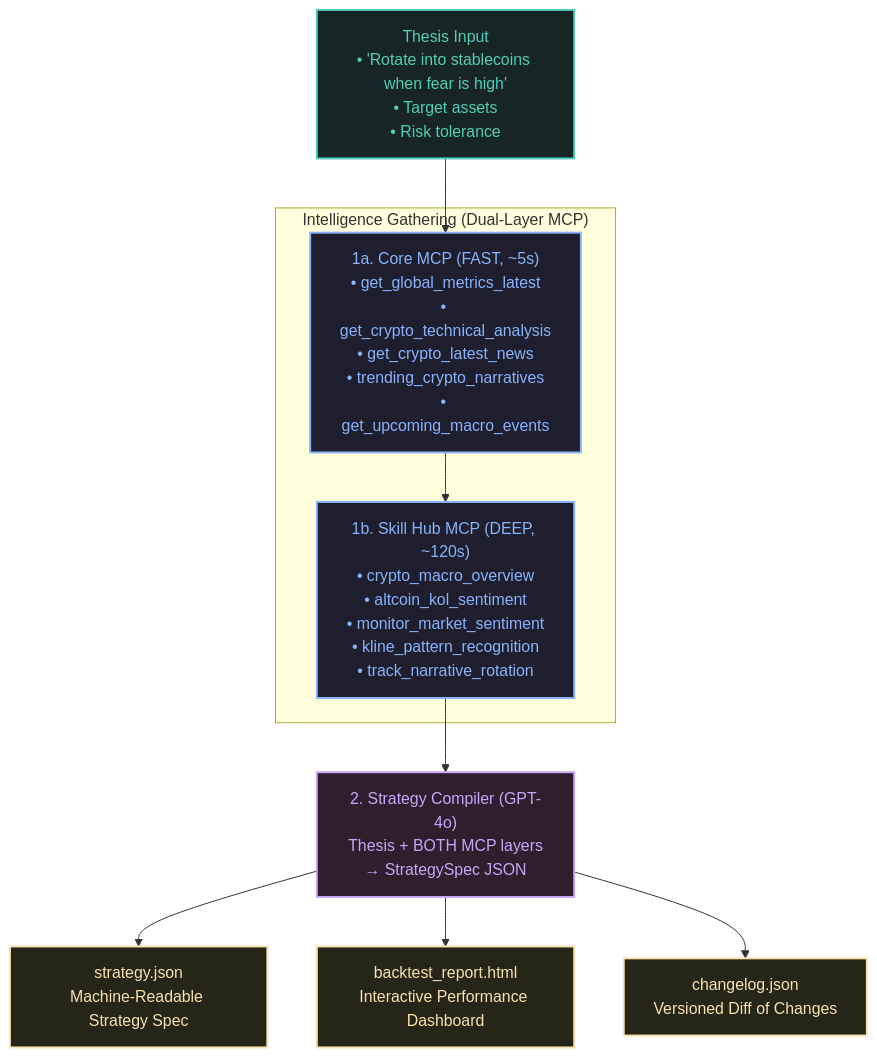
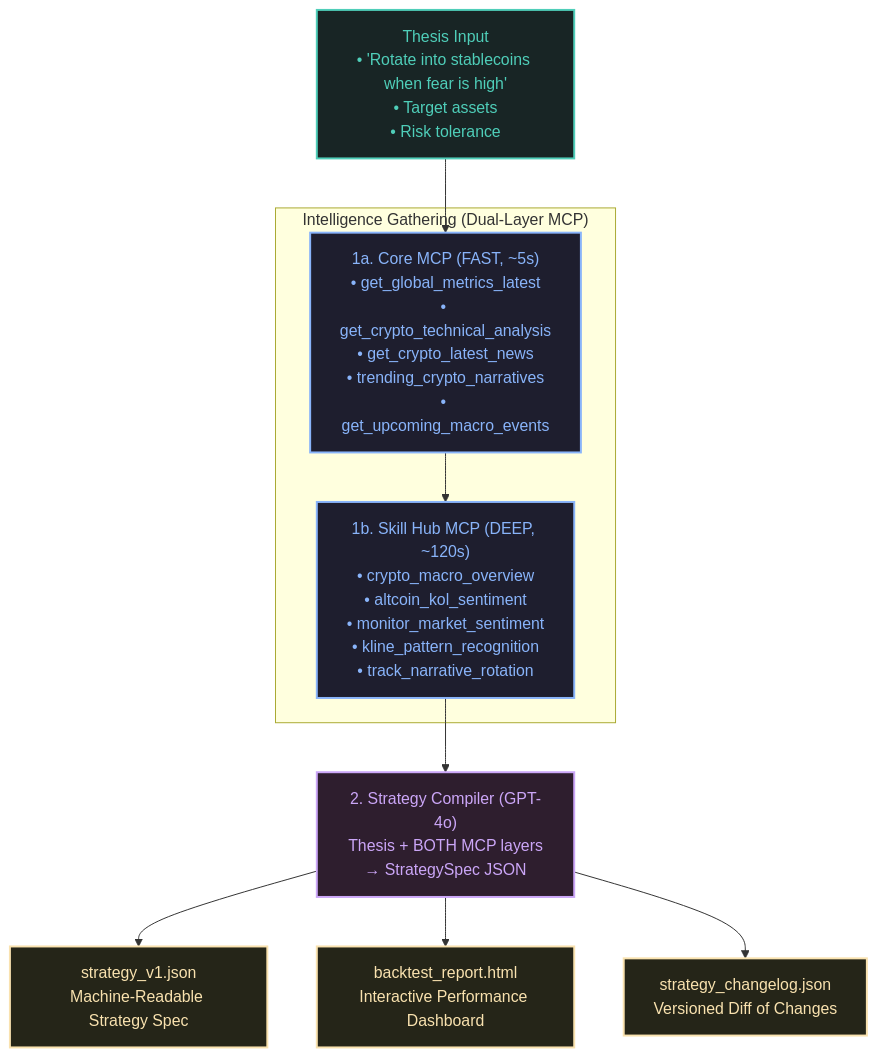
The diagram in README.md (vjb/alpha-compiler), drawn with Mermaid before and after one commit.

Commit message:
docs: align Mermaid diagram file names with codebase

````diff
--- a/README.md
+++ b/README.md
@@ -40,29 +40,29 @@
 ```mermaid
 graph TD
     classDef default fill:#11111b,stroke:#a6adc8,stroke-width:1px,color:#cdd6f4;
     classDef input fill:#182525,stroke:#4fceb9,stroke-width:2px,color:#4fceb9;
     classDef mcp fill:#1e1e2e,stroke:#89b4fa,stroke-width:2px,color:#89b4fa;
     classDef compiler fill:#2e1e2e,stroke:#cba6f7,stroke-width:2px,color:#cba6f7;
     classDef output fill:#252518,stroke:#f9e2af,stroke-width:2px,color:#f9e2af;
 
     Input["Thesis Input<br>• 'Rotate into stablecoins when fear is high'<br>• Target assets<br>• Risk tolerance"]:::input
 
     subgraph Intelligence ["Intelligence Gathering (Dual-Layer MCP)"]
         Core["1a. Core MCP (FAST, ~5s)<br>• get_global_metrics_latest<br>• get_crypto_technical_analysis<br>• get_crypto_latest_news<br>• trending_crypto_narratives<br>• get_upcoming_macro_events"]:::mcp
         
         SkillHub["1b. Skill Hub MCP (DEEP, ~120s)<br>• crypto_macro_overview<br>• altcoin_kol_sentiment<br>• monitor_market_sentiment<br>• kline_pattern_recognition<br>• track_narrative_rotation"]:::mcp
     end
 
     Compiler["2. Strategy Compiler (GPT-4o)<br>Thesis + BOTH MCP layers<br>→ StrategySpec JSON"]:::compiler
 
-    Strategy["strategy.json<br>Machine-Readable Strategy Spec"]:::output
+    Strategy["strategy_v1.json<br>Machine-Readable Strategy Spec"]:::output
     Backtest["backtest_report.html<br>Interactive Performance Dashboard"]:::output
-    Changelog["changelog.json<br>Versioned Diff of Changes"]:::output
+    Changelog["strategy_changelog.json<br>Versioned Diff of Changes"]:::output
 
     Input --> Core
     Core --> SkillHub
     SkillHub --> Compiler
     Compiler --> Strategy
     Compiler --> Backtest
     Compiler --> Changelog
 ```
````
